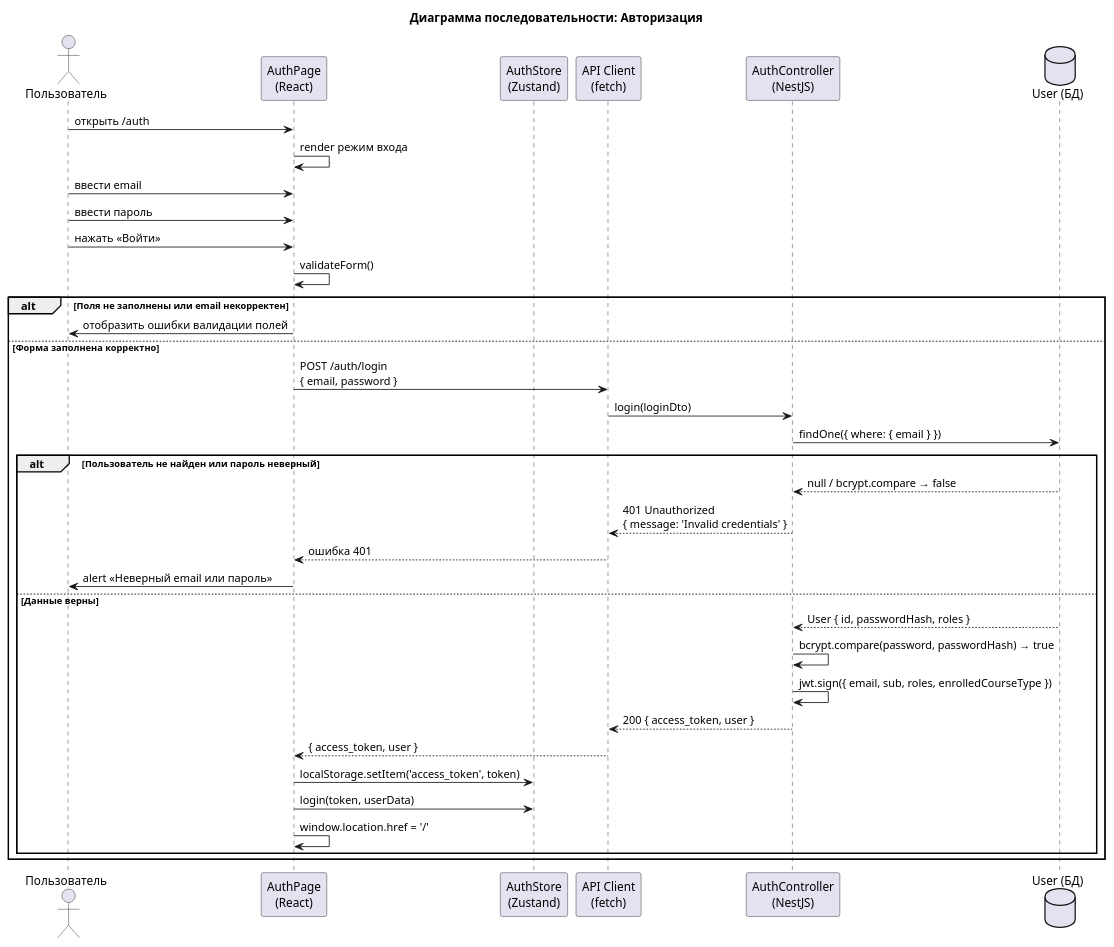
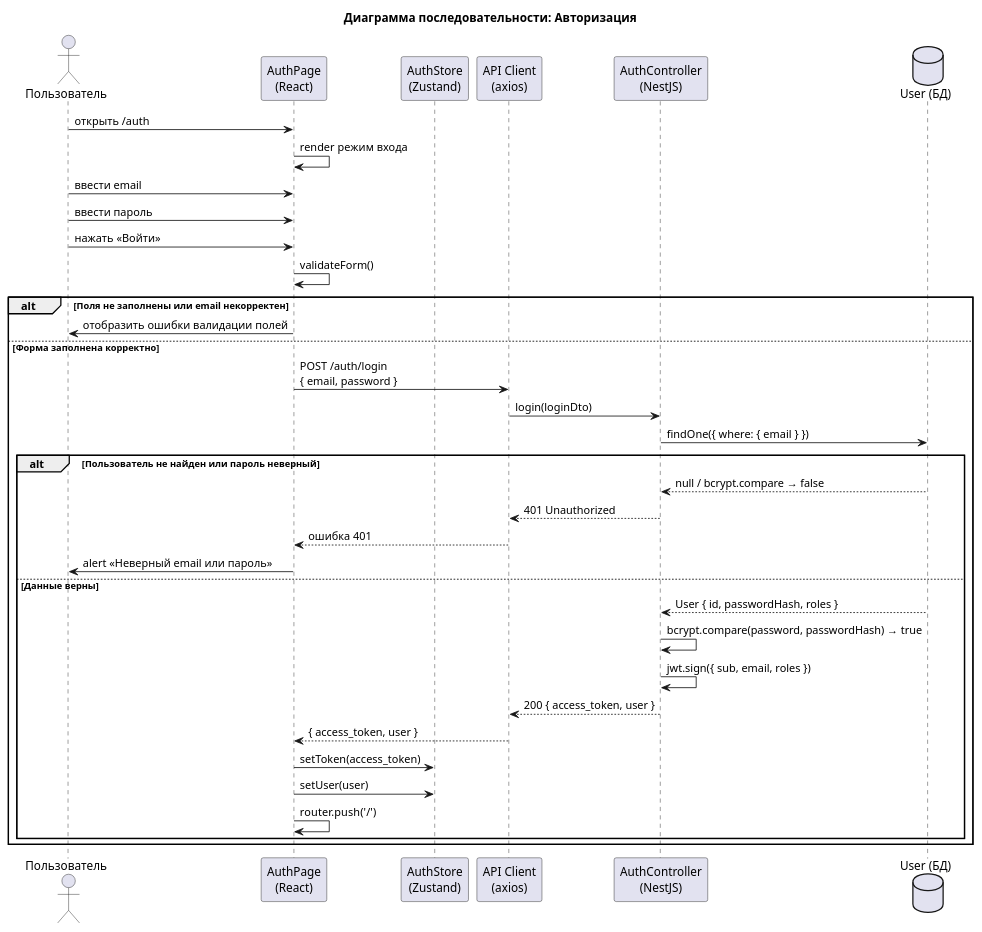
One commit to DoniZefironi/ASOI-Diploma changed the diagram in пояснительная записка/diagrams/seq_01_authorization.puml. Above: the diagram before and after it, drawn with PlantUML. The commit also changed 33 other files, not shown here.

```diff
--- a/пояснительная записка/diagrams/seq_01_authorization.puml
+++ b/пояснительная записка/diagrams/seq_01_authorization.puml
@@ -1,43 +1,43 @@
 @startuml
 title Диаграмма последовательности: Авторизация
 
 actor Пользователь as User
 participant "AuthPage\n(React)" as AP
 participant "AuthStore\n(Zustand)" as AS
-participant "API Client\n(fetch)" as API
+participant "API Client\n(axios)" as API
 participant "AuthController\n(NestJS)" as AC
 database "User (БД)" as DB
 
 User -> AP: открыть /auth
 AP -> AP: render режим входа
 
 User -> AP: ввести email
 User -> AP: ввести пароль
 User -> AP: нажать «Войти»
 AP -> AP: validateForm()
 
 alt Поля не заполнены или email некорректен
   AP -> User: отобразить ошибки валидации полей
 else Форма заполнена корректно
   AP -> API: POST /auth/login\n{ email, password }
   API -> AC: login(loginDto)
   AC -> DB: findOne({ where: { email } })
 
   alt Пользователь не найден или пароль неверный
     DB --> AC: null / bcrypt.compare → false
-    AC --> API: 401 Unauthorized\n{ message: 'Invalid credentials' }
+    AC --> API: 401 Unauthorized
     API --> AP: ошибка 401
     AP -> User: alert «Неверный email или пароль»
   else Данные верны
     DB --> AC: User { id, passwordHash, roles }
     AC -> AC: bcrypt.compare(password, passwordHash) → true
-    AC -> AC: jwt.sign({ email, sub, roles, enrolledCourseType })
+    AC -> AC: jwt.sign({ sub, email, roles })
     AC --> API: 200 { access_token, user }
     API --> AP: { access_token, user }
-    AP -> AS: localStorage.setItem('access_token', token)
-    AP -> AS: login(token, userData)
-    AP -> AP: window.location.href = '/'
+    AP -> AS: setToken(access_token)
+    AP -> AS: setUser(user)
+    AP -> AP: router.push('/')
   end
 end
 
 @enduml
```
